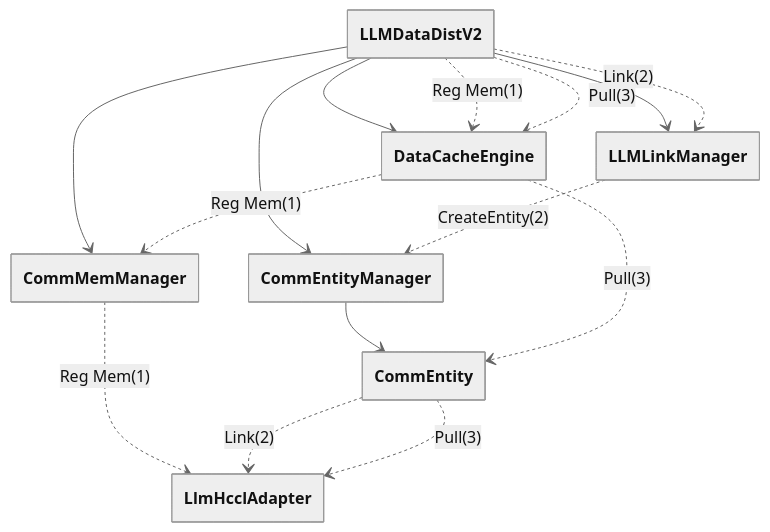
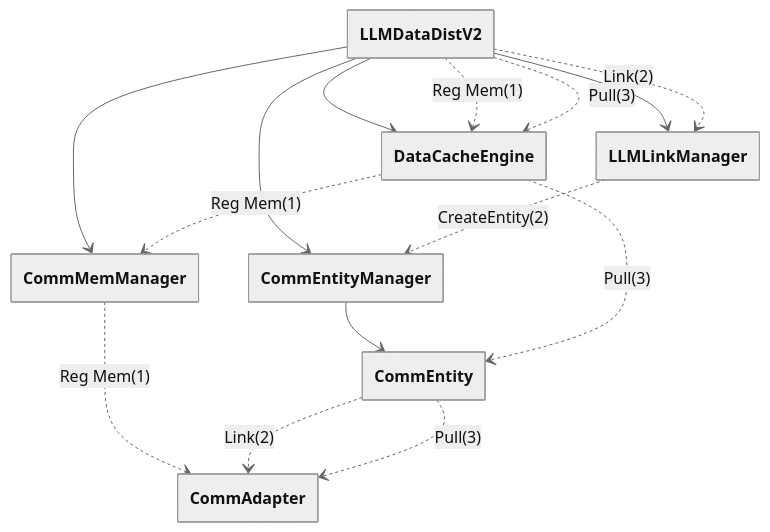
Before and after one commit to hicann/hixl: the first of 6 diagrams in docs/en/design/llm-datadist_supporting_the_hixl_transfer_backend.md, drawn with Mermaid (neutral theme). The commit also changed other lines of this file and 51 other files, not shown here.

First paragraph of the commit message:
[refactor]: rename llm_datadist LlmHccl/adapter_hccl to Comm/comm_adapter

````diff
--- a/docs/en/design/llm-datadist_supporting_the_hixl_transfer_backend.md
+++ b/docs/en/design/llm-datadist_supporting_the_hixl_transfer_backend.md
@@ -135,25 +135,25 @@
 ```mermaid
 ---
 config:
   class:
     hideEmptyMembersBox: true
 ---
 classDiagram
 direction TB
 
     LLMDataDistV2 --> LLMLinkManager
     LLMDataDistV2 --> DataCacheEngine
     LLMDataDistV2 --> CommMemManager
     LLMDataDistV2 --> CommEntityManager
     CommEntityManager --> CommEntity
 
     LLMDataDistV2 ..> DataCacheEngine : Reg Mem(1)
     DataCacheEngine ..> CommMemManager : Reg Mem(1)
     LLMDataDistV2 ..> LLMLinkManager : Link(2)
     LLMLinkManager ..> CommEntityManager : CreateEntity(2)
     LLMDataDistV2 ..> DataCacheEngine : Pull(3)
     DataCacheEngine ..> CommEntity : Pull(3)
-    CommMemManager ..> LlmHcclAdapter : Reg Mem(1)
-    CommEntity ..> LlmHcclAdapter : Link(2)
-    CommEntity ..> LlmHcclAdapter : Pull(3)
+    CommMemManager ..> CommAdapter : Reg Mem(1)
+    CommEntity ..> CommAdapter : Link(2)
+    CommEntity ..> CommAdapter : Pull(3)
 ```
````
